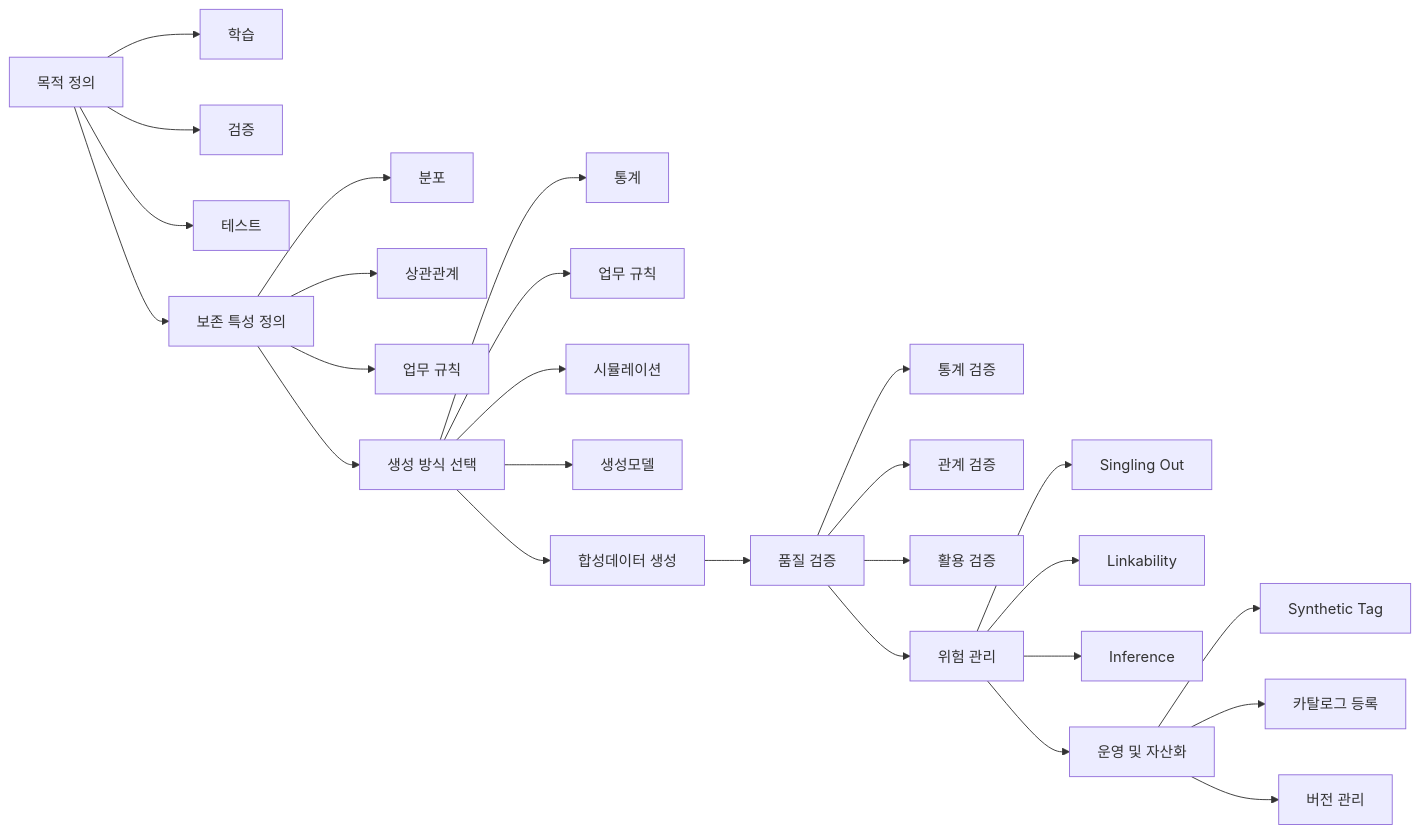
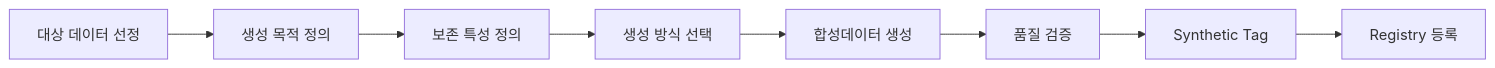
The third of 3 diagrams in 가이드 작성/E-2 합성데이터/E-2 합성데이터_0622.md (jin-kearney/ai-ready-data-manual), drawn with Mermaid before and after one commit. The commit also changed other lines of this file, not shown here.

Commit message:
Update E-2 합성데이터_0622.md

````diff
--- a/가이드 작성/E-2 합성데이터/E-2 합성데이터_0622.md
+++ b/가이드 작성/E-2 합성데이터/E-2 합성데이터_0622.md
@@ -1038,42 +1037,19 @@
 ```mermaid
 flowchart LR
 
-A["목적 정의"]
+A["대상 데이터 선정"]
 
-A --> A1["학습"]
-A --> A2["검증"]
-A --> A3["테스트"]
+--> B["생성 목적 정의"]
 
-A --> B["보존 특성 정의"]
+--> C["보존 특성 정의"]
 
-B --> B1["분포"]
-B --> B2["상관관계"]
-B --> B3["업무 규칙"]
+--> D["생성 방식 선택"]
 
-B --> C["생성 방식 선택"]
+--> E["합성데이터 생성"]
 
-C --> C1["통계"]
-C --> C2["업무 규칙"]
-C --> C3["시뮬레이션"]
-C --> C4["생성모델"]
+--> F["품질 검증"]
 
-C --> D["합성데이터 생성"]
+--> G["Synthetic Tag"]
 
-D --> E["품질 검증"]
-
-E --> E1["통계 검증"]
-E --> E2["관계 검증"]
-E --> E3["활용 검증"]
-
-E --> F["위험 관리"]
-
-F --> F1["Singling Out"]
-F --> F2["Linkability"]
-F --> F3["Inference"]
-
-F --> G["운영 및 자산화"]
-
-G --> G1["Synthetic Tag"]
-G --> G2["카탈로그 등록"]
-G --> G3["버전 관리"]
+--> H["Registry 등록"]
 ```
````
